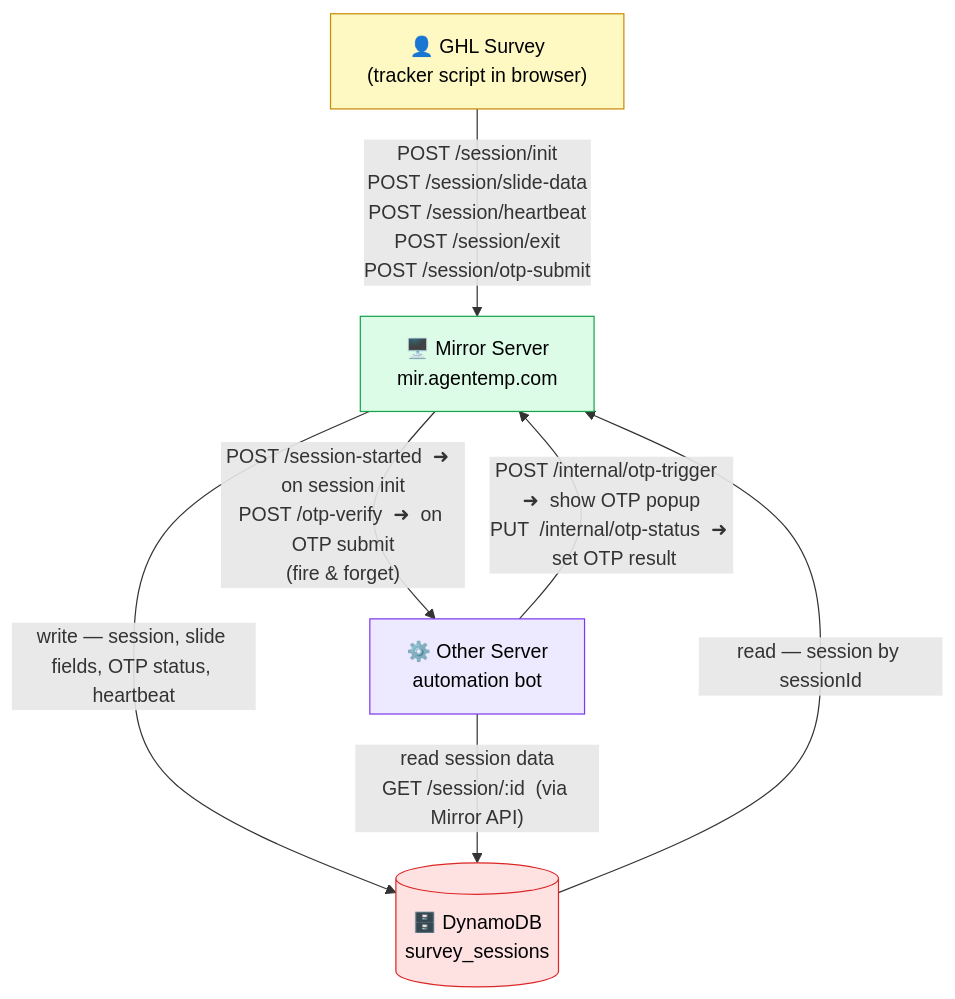
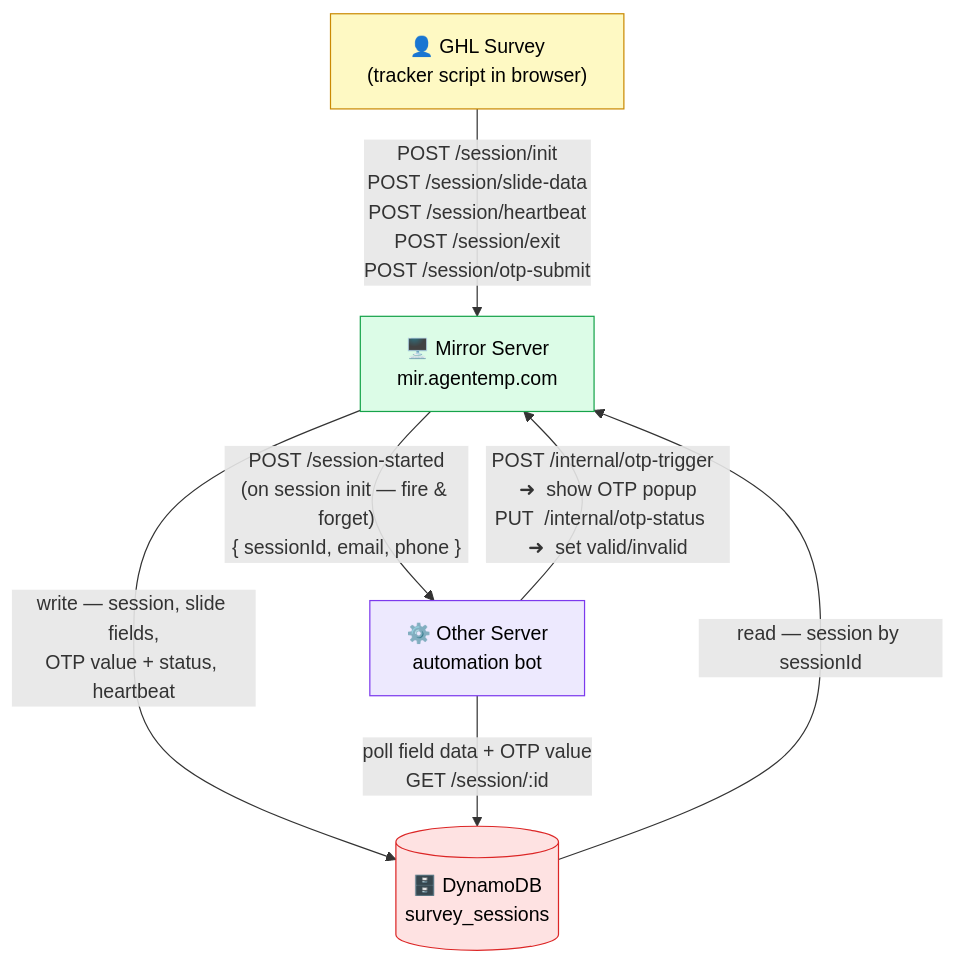
Before and after one commit to aj-agentemp/mirroing-hs-and-survey: the first of 2 diagrams in ARCHITECTURE.md, drawn with Mermaid. The commit also changed other lines of this file and 3 other files, not shown here.

Commit message:
refactor: OTP saved to DB only — no outbound call; Other Server needs 1 endpoint; update diagram

````diff
--- a/ARCHITECTURE.md
+++ b/ARCHITECTURE.md
@@ -3,23 +3,23 @@
 ```mermaid
 flowchart TD
     Survey["👤 GHL Survey\n(tracker script in browser)"]
     Mirror["🖥️ Mirror Server\nmir.agentemp.com"]
     DB[("🗄️ DynamoDB\nsurvey_sessions")]
     Other["⚙️ Other Server\nautomation bot"]
 
     Survey -->|"POST /session/init\nPOST /session/slide-data\nPOST /session/heartbeat\nPOST /session/exit\nPOST /session/otp-submit"| Mirror
 
-    Mirror -->|"write — session, slide fields, OTP status, heartbeat"| DB
+    Mirror -->|"write — session, slide fields,\nOTP value + status, heartbeat"| DB
     DB -->|"read — session by sessionId"| Mirror
 
-    Mirror -->|"POST /session-started  ➜  on session init\nPOST /otp-verify  ➜  on OTP submit\n(fire & forget)"| Other
+    Mirror -->|"POST /session-started\n(on session init — fire & forget)\n{ sessionId, email, phone }"| Other
 
-    Other -->|"POST /internal/otp-trigger  ➜  show OTP popup\nPUT  /internal/otp-status  ➜  set OTP result"| Mirror
+    Other -->|"POST /internal/otp-trigger  ➜  show OTP popup\nPUT  /internal/otp-status   ➜  set valid/invalid"| Mirror
 
-    Other -->|"read session data\nGET /session/:id  (via Mirror API)"| DB
+    Other -->|"poll field data + OTP value\nGET /session/:id"| DB
 
     style Survey fill:#fef9c3,stroke:#ca8a04,color:#000
     style Mirror fill:#dcfce7,stroke:#16a34a,color:#000
     style DB     fill:#fee2e2,stroke:#dc2626,color:#000
     style Other  fill:#ede9fe,stroke:#7c3aed,color:#000
 ```
````
